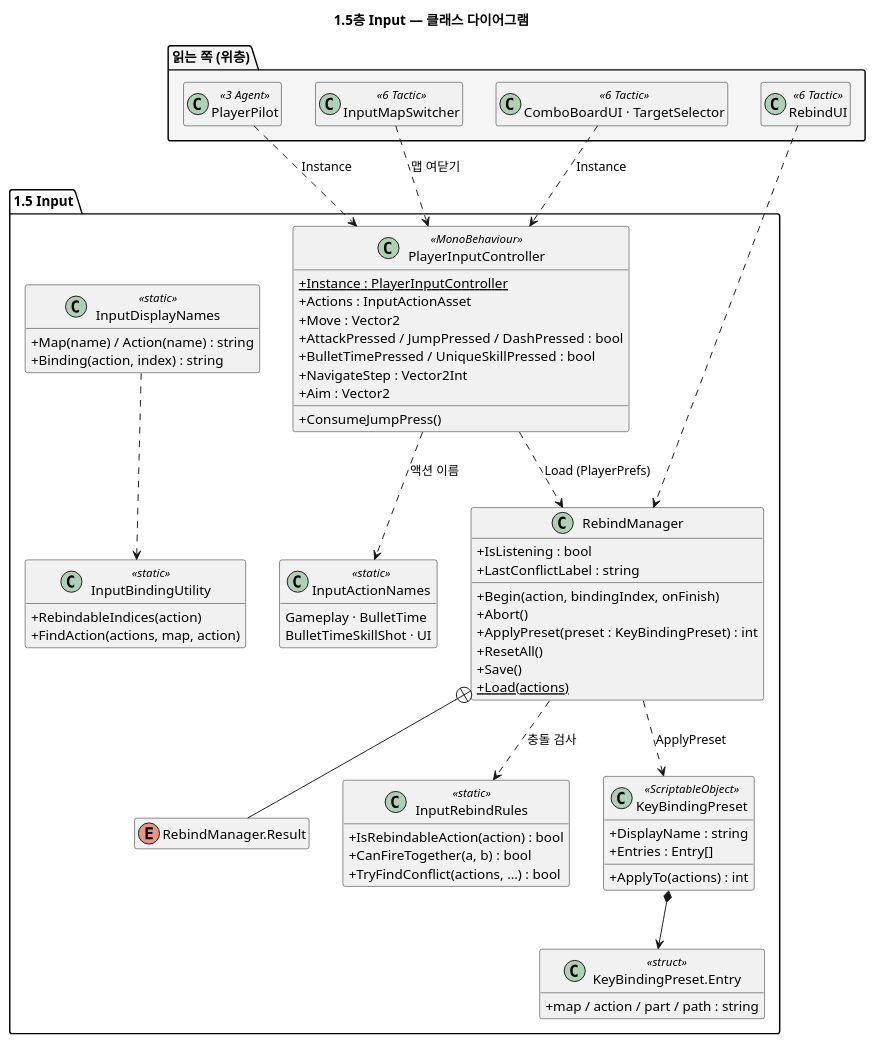
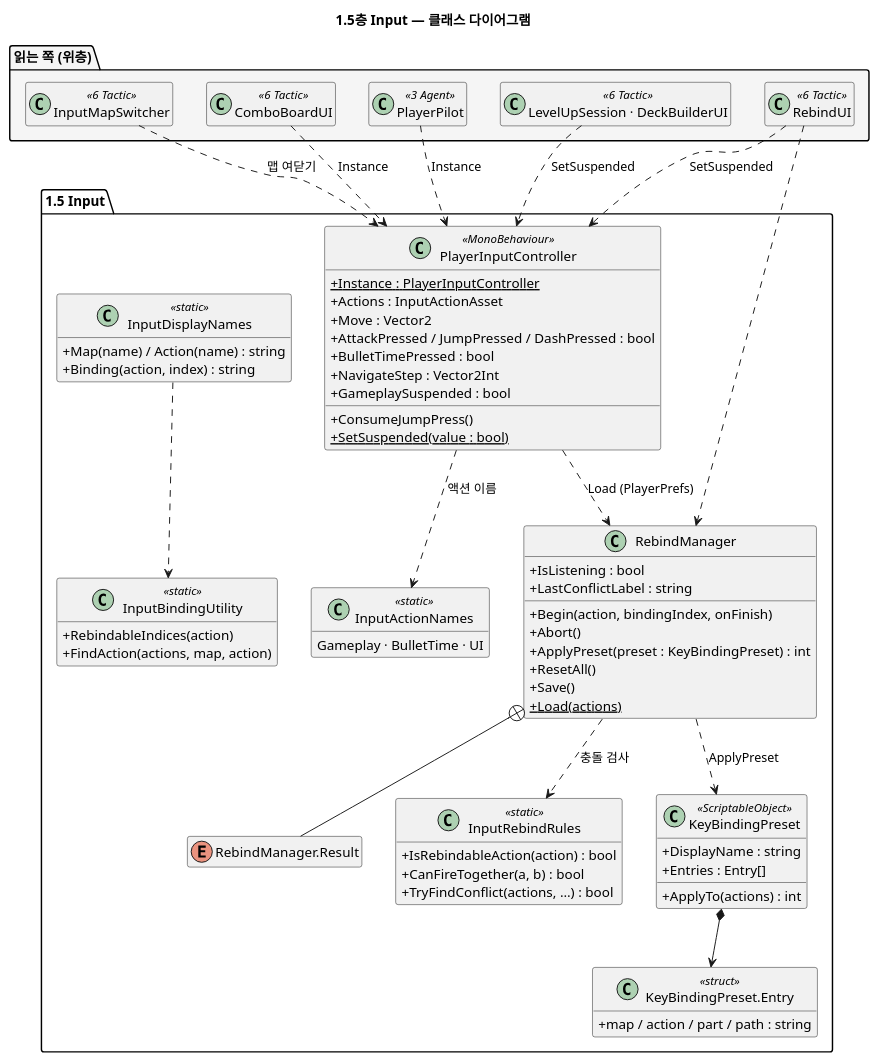
One commit to jukanmi/Prototype changed the diagram in docs/uml/03-Input.puml. Above: the diagram before and after it, drawn with PlantUML. The commit also changed 4 other files, not shown here.

First line of the commit message:
docs(uml): 이번 세션 구조 변경을 다이어그램에 반영

```diff
--- a/docs/uml/03-Input.puml
+++ b/docs/uml/03-Input.puml
@@ -1,78 +1,81 @@
 @startuml 03-Input
 ' 1.5층 Input — 장치 입력. 게임 규칙을 모른다 (Kernel · Actor만 참조).
 ' 디바이스(Keyboard.current 등)를 만지는 곳은 이 폴더뿐이다 — InputSourceTests가 막는다.
 title 1.5층 Input — 클래스 다이어그램
 
 set separator none
 skinparam shadowing false
 skinparam classAttributeIconSize 0
 hide empty members
 
 package "1.5 Input" {
   class PlayerInputController <<MonoBehaviour>> {
     + {static} Instance : PlayerInputController
     + Actions : InputActionAsset
     + Move : Vector2
     + AttackPressed / JumpPressed / DashPressed : bool
-    + BulletTimePressed / UniqueSkillPressed : bool
+    + BulletTimePressed : bool
     + NavigateStep : Vector2Int
-    + Aim : Vector2
+    + GameplaySuspended : bool
     + ConsumeJumpPress()
+    + {static} SetSuspended(value : bool)
   }
   class RebindManager {
     + IsListening : bool
     + LastConflictLabel : string
     + Begin(action, bindingIndex, onFinish)
     + Abort()
     + ApplyPreset(preset : KeyBindingPreset) : int
     + ResetAll()
     + Save()
     + {static} Load(actions)
   }
   enum "RebindManager.Result" as RebindResult
   class InputRebindRules <<static>> {
     + IsRebindableAction(action) : bool
     + CanFireTogether(a, b) : bool
     + TryFindConflict(actions, …) : bool
   }
   class KeyBindingPreset <<ScriptableObject>> {
     + DisplayName : string
     + Entries : Entry[]
     + ApplyTo(actions) : int
   }
   class "KeyBindingPreset.Entry" as PresetEntry <<struct>> {
     + map / action / part / path : string
   }
   class InputActionNames <<static>> {
-    Gameplay · BulletTime
-    BulletTimeSkillShot · UI
+    Gameplay · BulletTime · UI
   }
   class InputDisplayNames <<static>> {
     + Map(name) / Action(name) : string
     + Binding(action, index) : string
   }
   class InputBindingUtility <<static>> {
     + RebindableIndices(action)
     + FindAction(actions, map, action)
   }
 }
 
 PlayerInputController ..> InputActionNames : 액션 이름
 PlayerInputController ..> RebindManager : Load (PlayerPrefs)
 RebindManager ..> InputRebindRules : 충돌 검사
 RebindManager ..> KeyBindingPreset : ApplyPreset
 RebindManager +-- RebindResult
 KeyBindingPreset *--> PresetEntry
 InputDisplayNames ..> InputBindingUtility
 
 package "읽는 쪽 (위층)" #F5F5F5 {
   class "PlayerPilot" as Pilot <<3 Agent>>
   class "InputMapSwitcher" as Switcher <<6 Tactic>>
-  class "ComboBoardUI · TargetSelector" as TacticUI <<6 Tactic>>
+  class "ComboBoardUI" as TacticUI <<6 Tactic>>
   class "RebindUI" as RebindUI <<6 Tactic>>
+  class "LevelUpSession · DeckBuilderUI" as ModalUI <<6 Tactic>>
 }
 Pilot ..> PlayerInputController : Instance
 Switcher ..> PlayerInputController : 맵 여닫기
 TacticUI ..> PlayerInputController : Instance
 RebindUI ..> RebindManager
+RebindUI ..> PlayerInputController : SetSuspended
+ModalUI ..> PlayerInputController : SetSuspended
 @enduml
```
